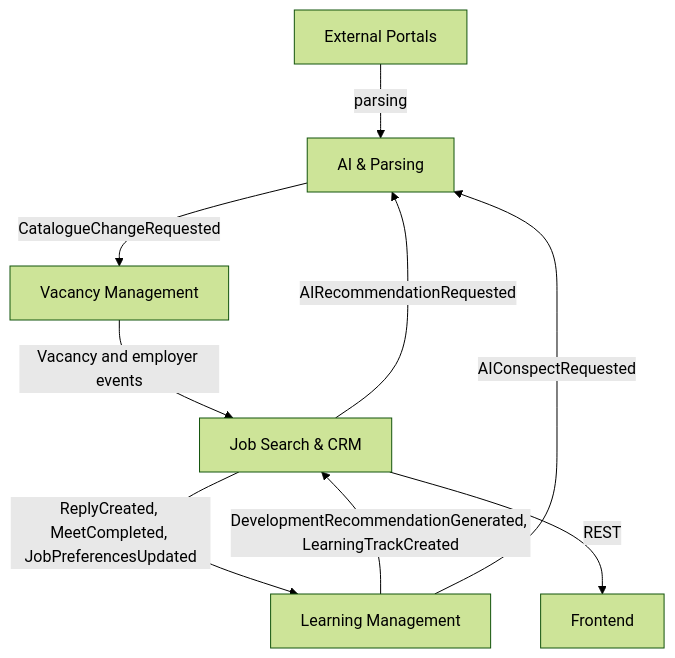
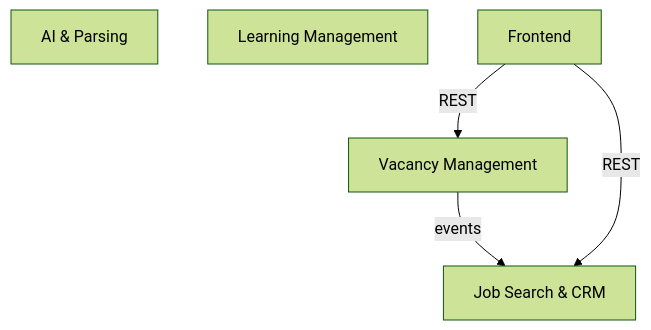
One commit to AIJobResearcher/docs changed the diagram in docs/context-map.md. Above: the diagram before and after it, drawn with Mermaid (forest theme). The commit also changed other lines of this file and 61 other files, not shown here.

````diff
--- a/docs/context-map.md
+++ b/docs/context-map.md
@@ -112,11 +59,8 @@
 ```mermaid
 graph TD
-    EP[External Portals] -->|parsing| AI[AI & Parsing]
-    AI -->|CatalogueChangeRequested| VM[Vacancy Management]
-    VM -->|Vacancy and employer events| CRM[Job Search & CRM]
-    CRM -->|ReplyCreated, MeetCompleted, JobPreferencesUpdated| LM[Learning Management]
-    LM -->|DevelopmentRecommendationGenerated, LearningTrackCreated| CRM
-    CRM -->|AIRecommendationRequested| AI
-    LM -->|AIConspectRequested| AI
-    CRM -->|REST| FE[Frontend]
+    AI[AI & Parsing]
+    LM[Learning Management]
+    VM[Vacancy Management] -->|events| CRM[Job Search & CRM]
+    FE[Frontend] -->|REST| CRM
+    FE -->|REST| VM
 ```
````
